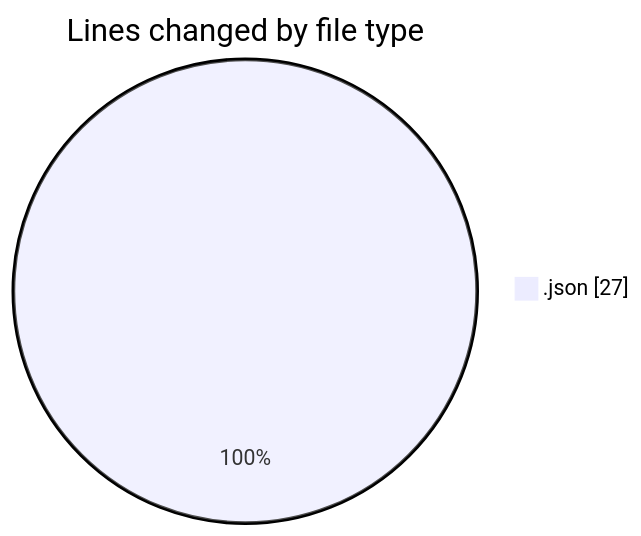
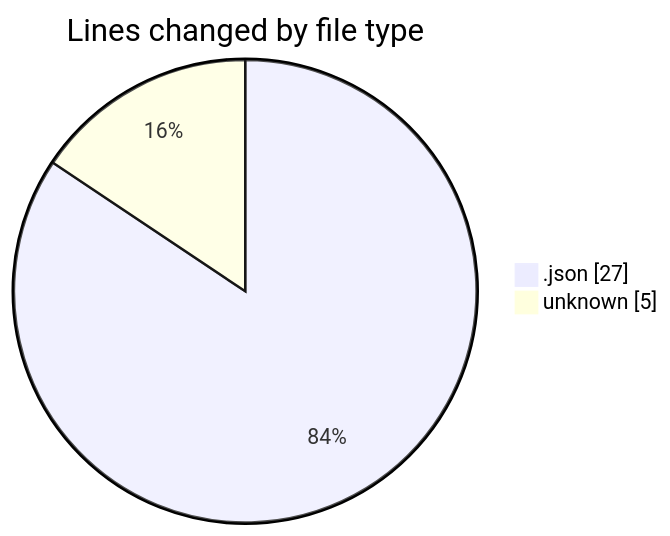
The first of 2 diagrams in 2026-01-05/budget-credit_back/README.md (igalym/code-tracking), drawn with Mermaid before and after one commit. The commit also changed other lines of this file and 1 other file, not shown here.

````diff
--- a/2026-01-05/budget-credit_back/README.md
+++ b/2026-01-05/budget-credit_back/README.md
@@ -20,5 +21,6 @@
 ```mermaid
 pie showData
 title Lines changed by file type
 ".json" : 27
+"unknown" : 5
 ```
````
